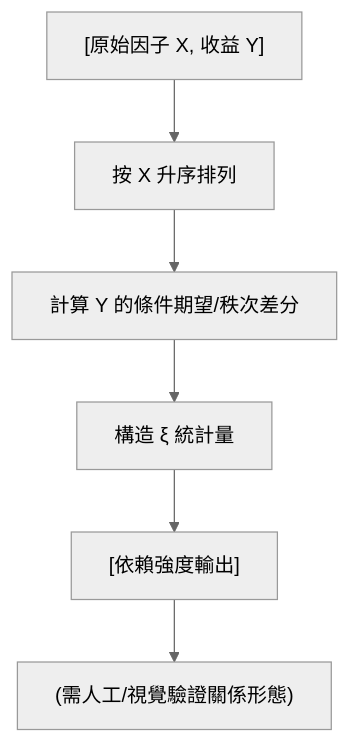
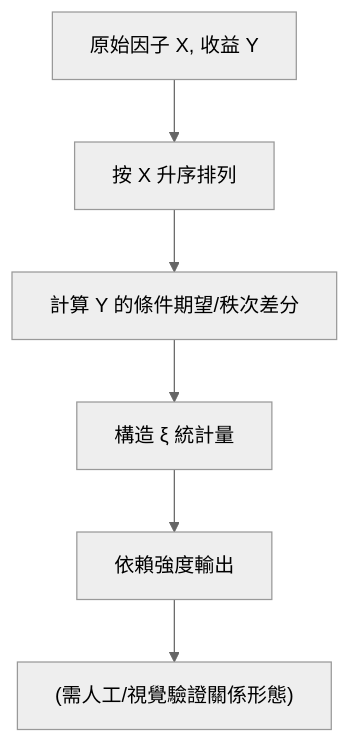
The diagram in foundations/factor-mining/chatterjee.md (sou350121/Trading-Handbook), drawn with Mermaid (neutral theme) before and after one commit. The commit also changed 191 other files, not shown here.

First line of the commit message:
render: fix math + mermaid for GitHub across the corpus (188 pages)

````diff
--- a/foundations/factor-mining/chatterjee.md
+++ b/foundations/factor-mining/chatterjee.md
@@ -29,8 +29,8 @@
 ```mermaid
 flowchart TD
-    N1["[原始因子 X, 收益 Y]"] --> N2["按 X 升序排列"]
+    N1["原始因子 X, 收益 Y"] --> N2["按 X 升序排列"]
     N2["按 X 升序排列"] --> N3["計算 Y 的條件期望/秩次差分"]
     N3["計算 Y 的條件期望/秩次差分"] --> N4["構造 ξ 統計量"]
-    N4["構造 ξ 統計量"] --> N5["[依賴強度輸出]"]
-    N5["[依賴強度輸出]"] --> N6["(需人工/視覺驗證關係形態)"]
+    N4["構造 ξ 統計量"] --> N5["依賴強度輸出"]
+    N5["依賴強度輸出"] --> N6["(需人工/視覺驗證關係形態)"]
 ```
````
